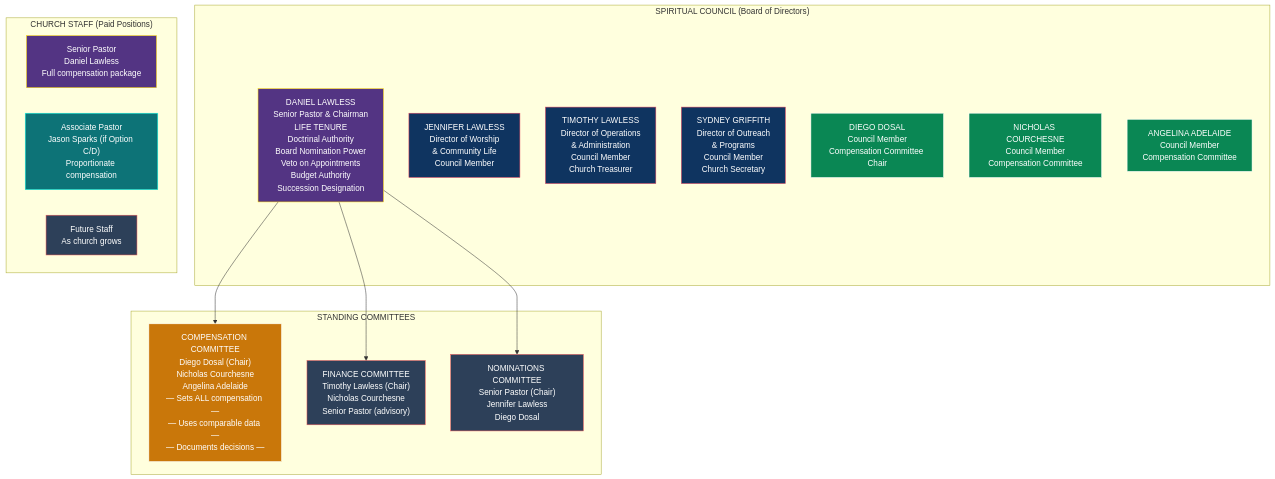
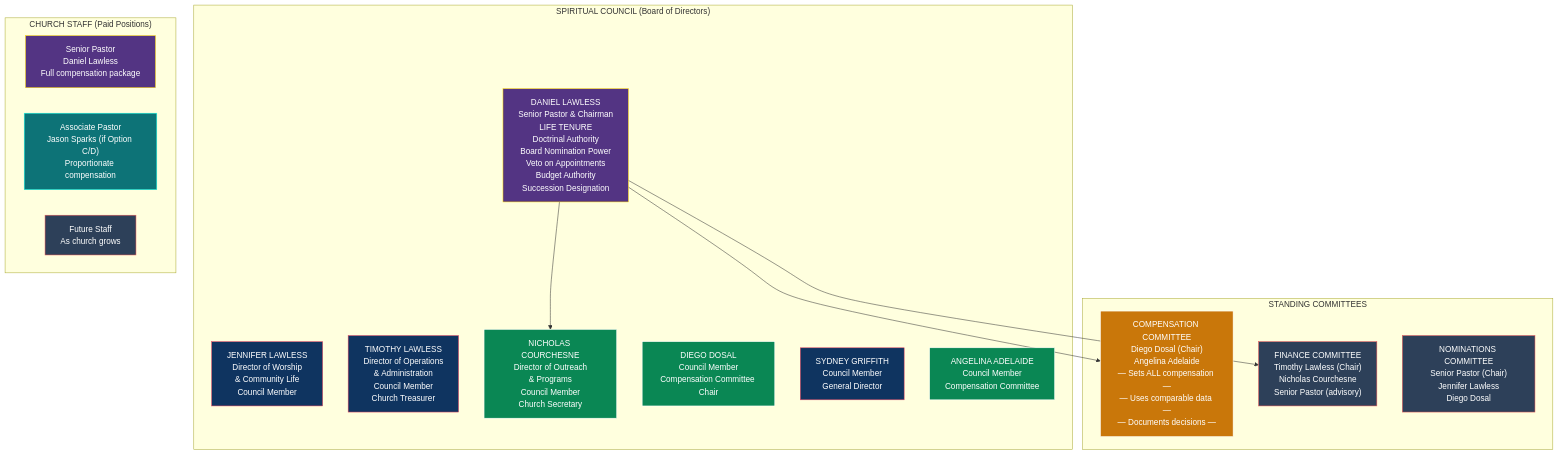
Before and after one commit to Light-Brands/epic-center: the first of 3 diagrams in docs/tax-structure/11-CHURCH-GOVERNANCE-STRUCTURE.md, drawn with Mermaid. The commit also changed other lines of this file, not shown here.

First line of the commit message:
Swap Nicholas and Sydney: Nicholas as Director/Secretary, off Comp Committee

````diff
--- a/docs/tax-structure/11-CHURCH-GOVERNANCE-STRUCTURE.md
+++ b/docs/tax-structure/11-CHURCH-GOVERNANCE-STRUCTURE.md
@@ -50,50 +50,50 @@
 ```mermaid
 graph TB
     subgraph "SPIRITUAL COUNCIL (Board of Directors)"
         SP["DANIEL LAWLESS<br/>Senior Pastor & Chairman<br/>LIFE TENURE<br/>Doctrinal Authority<br/>Board Nomination Power<br/>Veto on Appointments<br/>Budget Authority<br/>Succession Designation"]
 
         W["JENNIFER LAWLESS<br/>Director of Worship<br/>& Community Life<br/>Council Member"]
 
         B["TIMOTHY LAWLESS<br/>Director of Operations<br/>& Administration<br/>Council Member<br/>Church Treasurer"]
 
-        SIL["SYDNEY GRIFFITH<br/>Director of Outreach<br/>& Programs<br/>Council Member<br/>Church Secretary"]
+        NC["NICHOLAS COURCHESNE<br/>Director of Outreach<br/>& Programs<br/>Council Member<br/>Church Secretary"]
 
         I1["DIEGO DOSAL<br/>Council Member<br/>Compensation Committee Chair"]
 
-        I2["NICHOLAS COURCHESNE<br/>Council Member<br/>Compensation Committee"]
+        SG["SYDNEY GRIFFITH<br/>Council Member<br/>General Director"]
 
         I3["ANGELINA ADELAIDE<br/>Council Member<br/>Compensation Committee"]
     end
 
     subgraph "STANDING COMMITTEES"
-        CC["COMPENSATION COMMITTEE<br/>Diego Dosal (Chair)<br/>Nicholas Courchesne<br/>Angelina Adelaide<br/>— Sets ALL compensation —<br/>— Uses comparable data —<br/>— Documents decisions —"]
+        CC["COMPENSATION COMMITTEE<br/>Diego Dosal (Chair)<br/>Angelina Adelaide<br/>— Sets ALL compensation —<br/>— Uses comparable data —<br/>— Documents decisions —"]
 
         FC["FINANCE COMMITTEE<br/>Timothy Lawless (Chair)<br/>Nicholas Courchesne<br/>Senior Pastor (advisory)"]
 
-        NC["NOMINATIONS COMMITTEE<br/>Senior Pastor (Chair)<br/>Jennifer Lawless<br/>Diego Dosal"]
+        NOM["NOMINATIONS COMMITTEE<br/>Senior Pastor (Chair)<br/>Jennifer Lawless<br/>Diego Dosal"]
     end
 
     subgraph "CHURCH STAFF (Paid Positions)"
         SP2["Senior Pastor<br/>Daniel Lawless<br/>Full compensation package"]
         AP["Associate Pastor<br/>Jason Sparks (if Option C/D)<br/>Proportionate compensation"]
         STAFF["Future Staff<br/>As church grows"]
     end
 
     SP --> CC
     SP --> FC
     SP --> NC
 
     style SP fill:#533483,stroke:#ffd700,color:#fff
     style W fill:#0f3460,stroke:#e94560,color:#fff
     style B fill:#0f3460,stroke:#e94560,color:#fff
-    style SIL fill:#0f3460,stroke:#e94560,color:#fff
+    style NC fill:#0a8754,stroke:#fff,color:#fff
     style I1 fill:#0a8754,stroke:#fff,color:#fff
-    style I2 fill:#0a8754,stroke:#fff,color:#fff
+    style SG fill:#0f3460,stroke:#e94560,color:#fff
     style I3 fill:#0a8754,stroke:#fff,color:#fff
     style CC fill:#c9770a,stroke:#fff,color:#fff
     style FC fill:#2d4059,stroke:#ea5455,color:#fff
-    style NC fill:#2d4059,stroke:#ea5455,color:#fff
+    style NOM fill:#2d4059,stroke:#ea5455,color:#fff
     style SP2 fill:#533483,stroke:#ffd700,color:#fff
     style AP fill:#0d7377,stroke:#14ffec,color:#fff
     style STAFF fill:#2d4059,stroke:#ea5455,color:#fff
 ```
````
